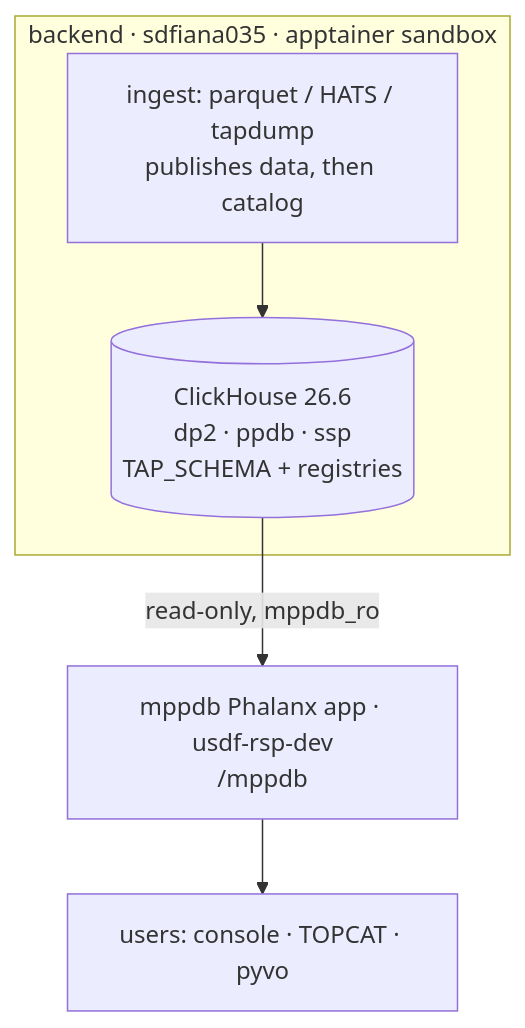
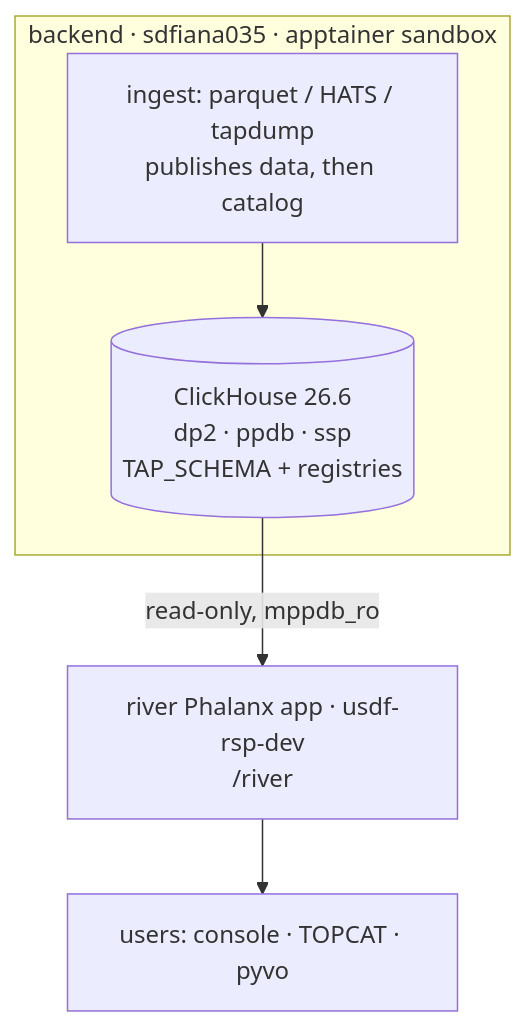
The diagram in index.md (lsst-dm/dmtn-354), drawn with Mermaid before and after one commit. The commit also changed other lines of this file, not shown here.

First line of the commit message:
Retitle as River, and separate the deployment name from the software name

````diff
--- a/index.md
+++ b/index.md
@@ -207,12 +211,12 @@
 ```{mermaid}
 flowchart TB
   subgraph BACKEND["backend · sdfiana035 · apptainer sandbox"]
     ING["ingest: parquet / HATS / tapdump<br/>publishes data, then catalog"]
     CH[("ClickHouse 26.6<br/>dp2 · ppdb · ssp<br/>TAP_SCHEMA + registries")]
     ING --> CH
   end
-  SVC["mppdb Phalanx app · usdf-rsp-dev<br/>/mppdb"]
+  SVC["river Phalanx app · usdf-rsp-dev<br/>/river"]
   U["users: console · TOPCAT · pyvo"]
   CH -- "read-only, mppdb_ro" --> SVC
   SVC --> U
 ```
````
